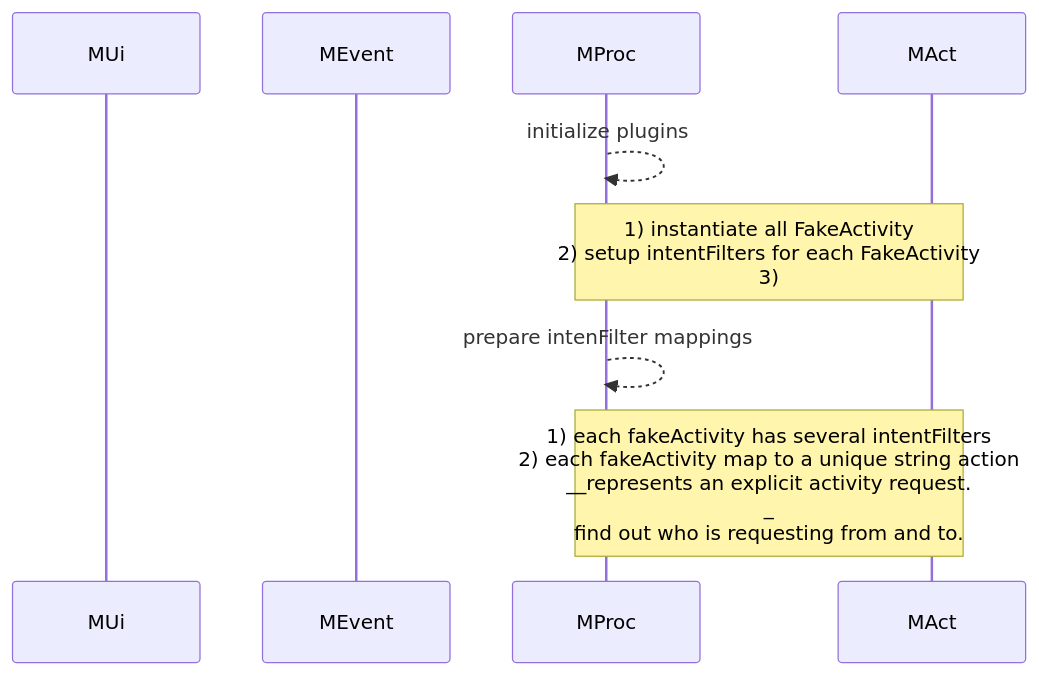
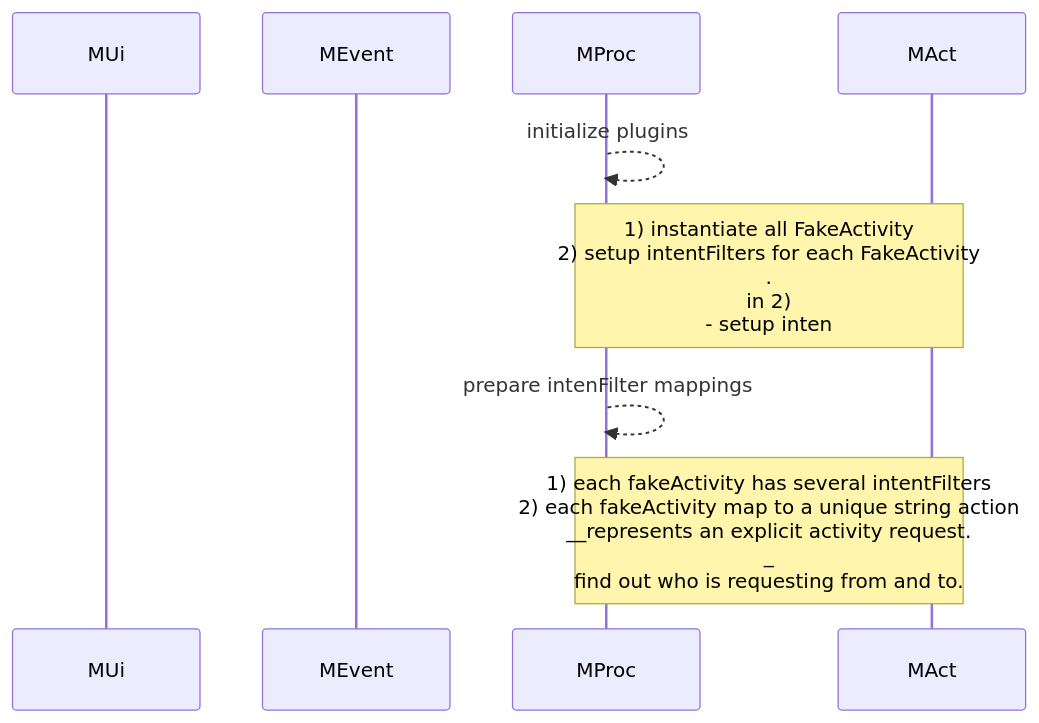
The third of 6 diagrams in flutter/android_to_flutter.md (gordianknotC/nxp_note), drawn with Mermaid before and after one commit. The commit also changed other lines of this file, not shown here.

Commit message:
flutter/android_to_flutter.md updated from https://stackedit.io/

````diff
--- a/flutter/android_to_flutter.md
+++ b/flutter/android_to_flutter.md
@@ -50,14 +50,14 @@
 ```mermaid
 sequenceDiagram
 participant MUi
 participant MEvent
 participant MProc
 participant MAct
 
 MProc-->>MProc: initialize plugins
-Note over MProc,MAct: 1) instantiate all FakeActivity<br>2) setup intentFilters for each FakeActivity<br>3) 
+Note over MProc,MAct: 1) instantiate all FakeActivity<br>2) setup intentFilters for each FakeActivity<br>.<br>in 2)<br>- setup inten 
 
 MProc-->>MProc: prepare intenFilter mappings
 Note over MProc, MAct: 1) each fakeActivity has several intentFilters<br>2) each fakeActivity map to a unique string action<br>__represents an explicit activity request.<br>_<br> find out who is requesting from and to.
 
 ```
````
